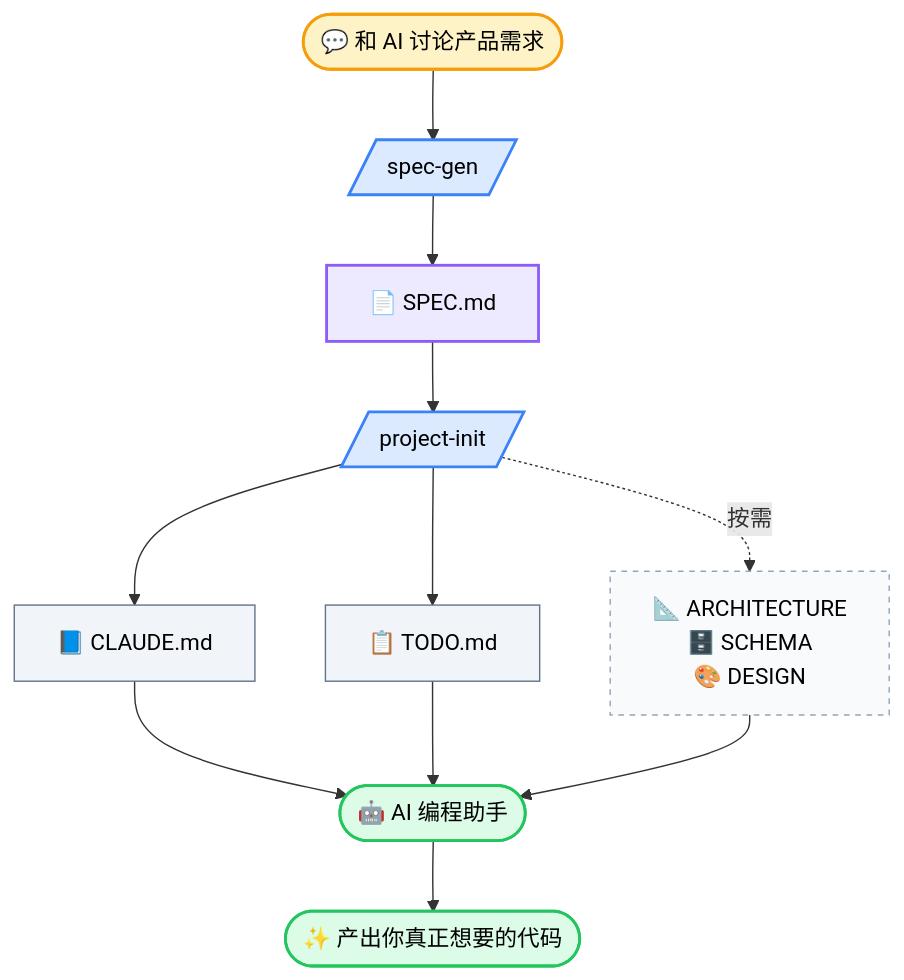
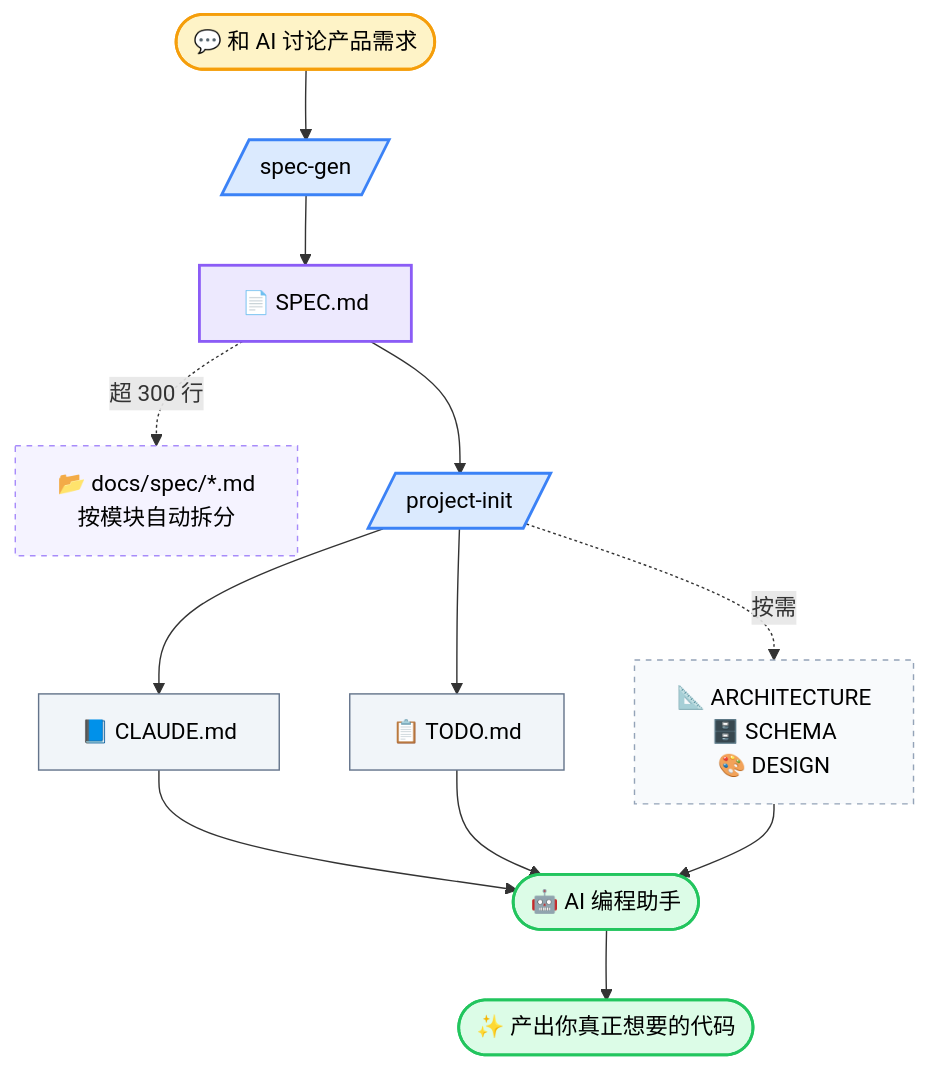
The second of 2 diagrams in README.md (fluten/harness-kit), drawn with Mermaid before and after one commit. The commit also changed other lines of this file, not shown here.

````diff
--- a/README.md
+++ b/README.md
@@ -298,23 +312,25 @@
 ```mermaid
 flowchart TD
     A([💬 和 AI 讨论产品需求]) --> B[/spec-gen/]
     B --> C[📄 SPEC.md]
+    C -.超 300 行.-> S[📂 docs/spec/*.md<br/>按模块自动拆分]
     C --> D[/project-init/]
     D --> E[📘 CLAUDE.md]
     D --> F[📋 TODO.md]
     D -.按需.-> G[📐 ARCHITECTURE<br/>🗄️ SCHEMA<br/>🎨 DESIGN]
     E --> H([🤖 AI 编程助手])
     F --> H
     G --> H
     H --> I([✨ 产出你真正想要的代码])
 
     style A fill:#FEF3C7,stroke:#F59E0B,stroke-width:2px,color:#000
     style B fill:#DBEAFE,stroke:#3B82F6,stroke-width:2px,color:#000
     style C fill:#EDE9FE,stroke:#8B5CF6,stroke-width:2px,color:#000
+    style S fill:#F5F3FF,stroke:#A78BFA,stroke-width:1px,stroke-dasharray:4 4,color:#000
     style D fill:#DBEAFE,stroke:#3B82F6,stroke-width:2px,color:#000
     style E fill:#F1F5F9,stroke:#64748B,stroke-width:1px,color:#000
     style F fill:#F1F5F9,stroke:#64748B,stroke-width:1px,color:#000
     style G fill:#F8FAFC,stroke:#94A3B8,stroke-width:1px,stroke-dasharray:4 4,color:#000
     style H fill:#DCFCE7,stroke:#22C55E,stroke-width:2px,color:#000
     style I fill:#DCFCE7,stroke:#22C55E,stroke-width:2px,color:#000
 ```
````
